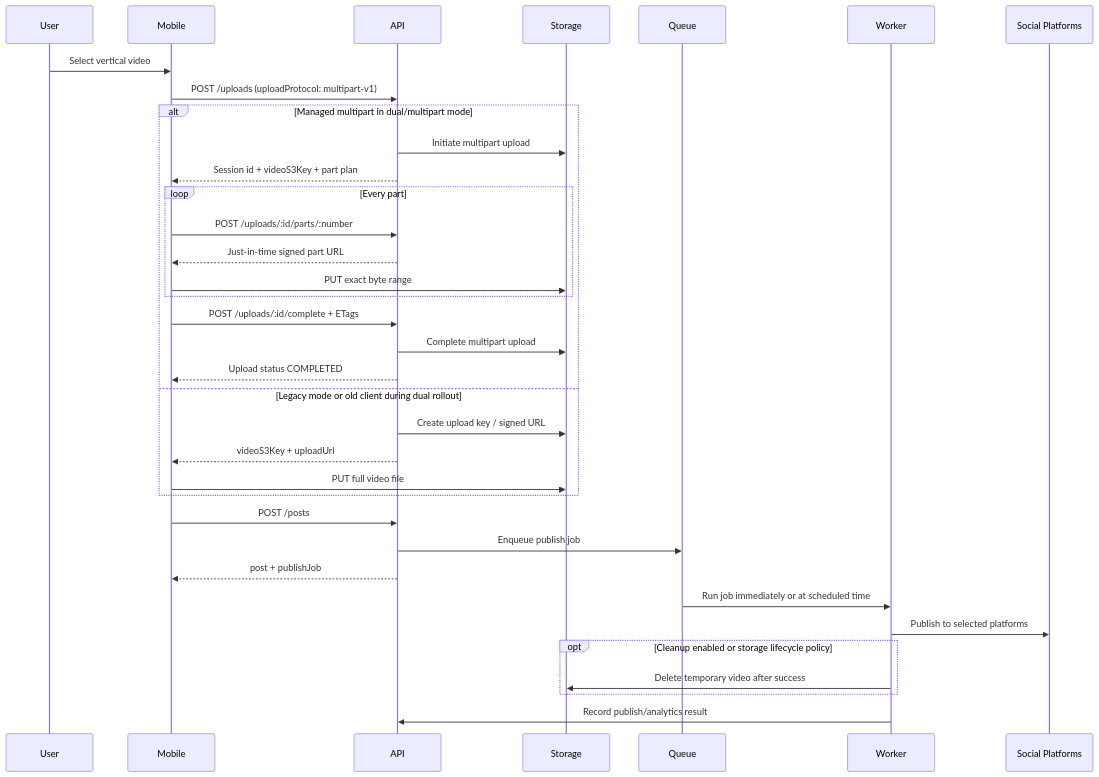
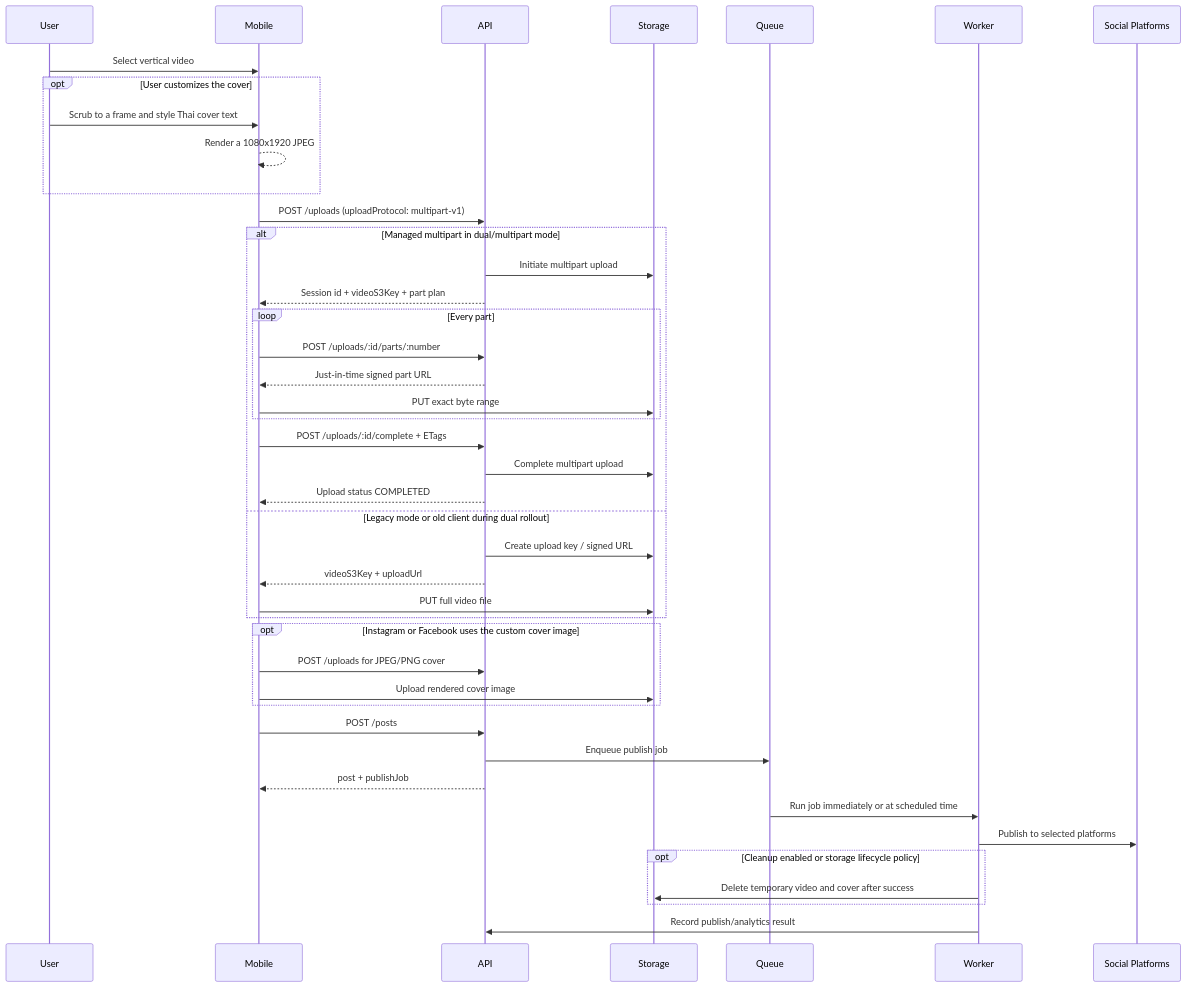
Before and after one commit to NOI56/PostDeeMobile: the second of 8 diagrams in ARCHITECTURE.md, drawn with Mermaid. The commit also changed other lines of this file and 4 other files, not shown here.

Commit message:
docs: align video cover publishing

````diff
--- a/ARCHITECTURE.md
+++ b/ARCHITECTURE.md
@@ -281,38 +281,46 @@
 ```mermaid
 sequenceDiagram
   participant U as User
   participant M as Mobile
   participant A as API
   participant S as Storage
   participant Q as Queue
   participant W as Worker
   participant P as Social Platforms
 
   U->>M: Select vertical video
+  opt User customizes the cover
+    U->>M: Scrub to a frame and style Thai cover text
+    M-->>M: Render a 1080x1920 JPEG
+  end
   M->>A: POST /uploads (uploadProtocol: multipart-v1)
   alt Managed multipart in dual/multipart mode
     A->>S: Initiate multipart upload
     A-->>M: Session id + videoS3Key + part plan
     loop Every part
       M->>A: POST /uploads/:id/parts/:number
       A-->>M: Just-in-time signed part URL
       M->>S: PUT exact byte range
     end
     M->>A: POST /uploads/:id/complete + ETags
     A->>S: Complete multipart upload
     A-->>M: Upload status COMPLETED
   else Legacy mode or old client during dual rollout
     A->>S: Create upload key / signed URL
     A-->>M: videoS3Key + uploadUrl
     M->>S: PUT full video file
   end
+  opt Instagram or Facebook uses the custom cover image
+    M->>A: POST /uploads for JPEG/PNG cover
+    M->>S: Upload rendered cover image
+  end
   M->>A: POST /posts
   A->>Q: Enqueue publish job
   A-->>M: post + publishJob
   Q->>W: Run job immediately or at scheduled time
   W->>P: Publish to selected platforms
   opt Cleanup enabled or storage lifecycle policy
-    W->>S: Delete temporary video after success
+    W->>S: Delete temporary video and cover after success
   end
   W->>A: Record publish/analytics result
 ```
````
